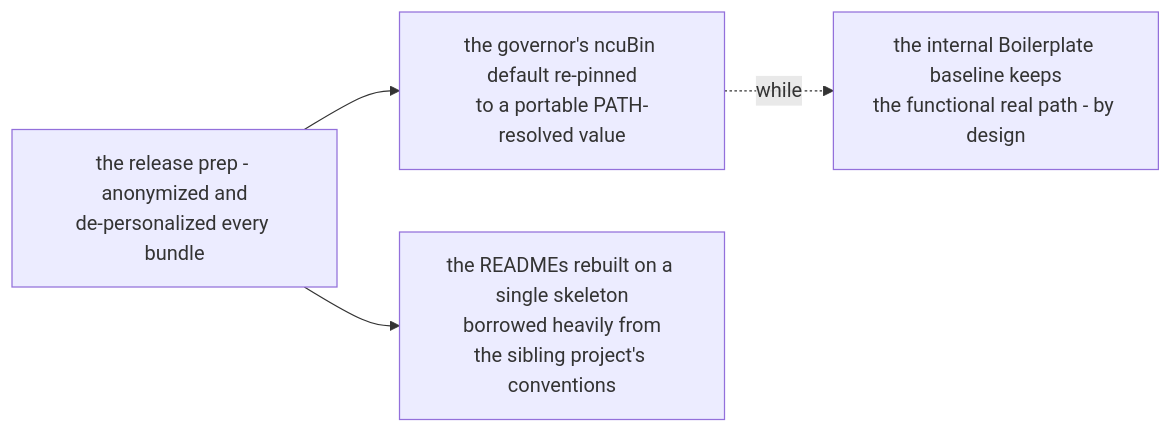
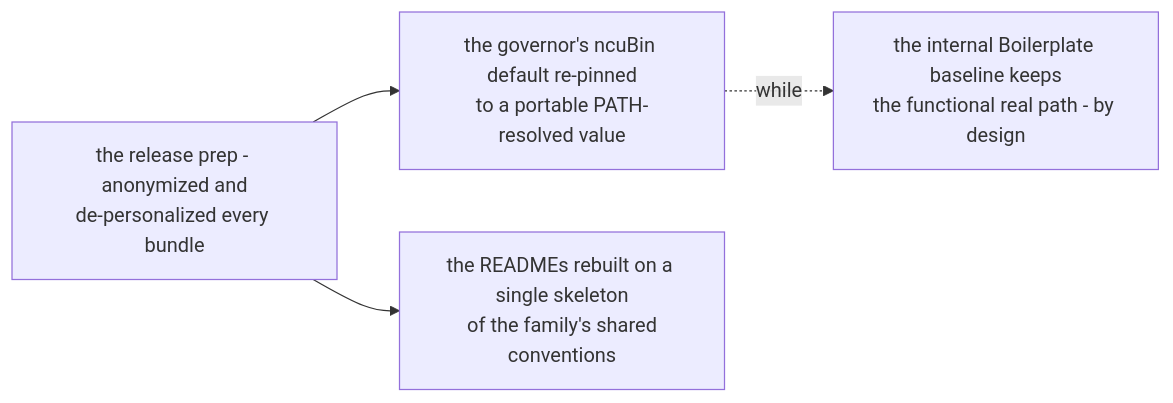
One commit to PlayForm/Site-DeepSeek changed the diagram in Source/Content/Mermaid/case-p6-prep.mmd. Above: the diagram before and after it, drawn with Mermaid. The commit also changed 48 other files, not shown here.

```diff
--- a/Source/Content/Mermaid/case-p6-prep.mmd
+++ b/Source/Content/Mermaid/case-p6-prep.mmd
@@ -1,8 +1,8 @@
 flowchart LR
 	PREP["the release prep - anonymized and<br/>de-personalized every bundle"]
 	NCU["the governor's ncuBin default re-pinned<br/>to a portable PATH-resolved value"]
 	BASE["the internal Boilerplate baseline keeps<br/>the functional real path - by design"]
-	READ["the READMEs rebuilt on a single skeleton<br/>borrowed heavily from<br/>the sibling project's conventions"]
+	READ["the READMEs rebuilt on a single skeleton<br/>of the family's shared<br/>conventions"]
 	PREP --> NCU
 	PREP --> READ
 	NCU -. "while" .-> BASE
```
